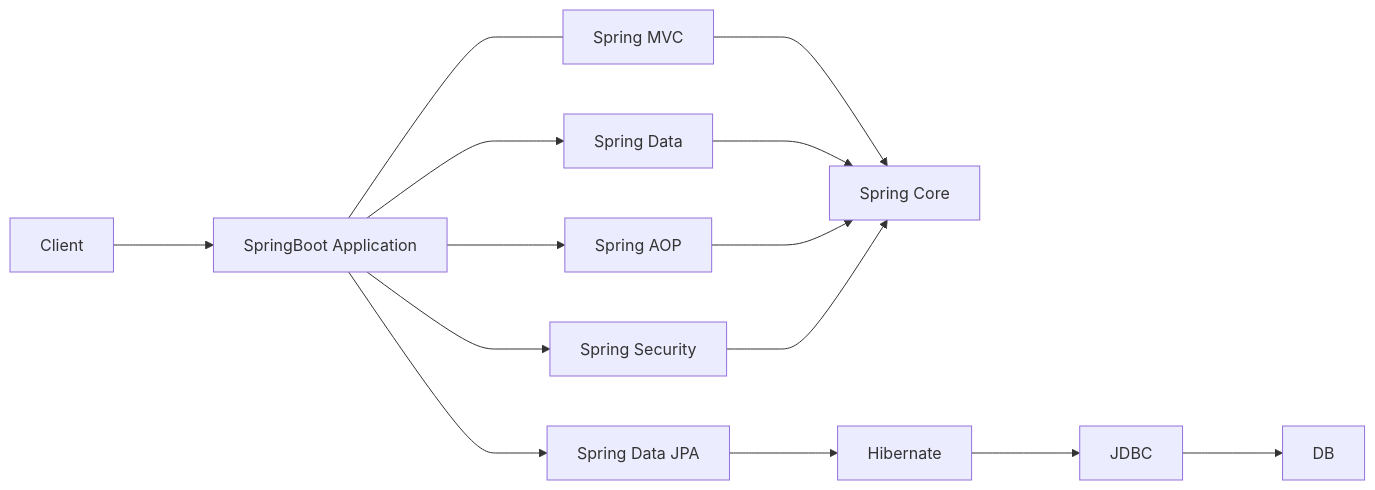
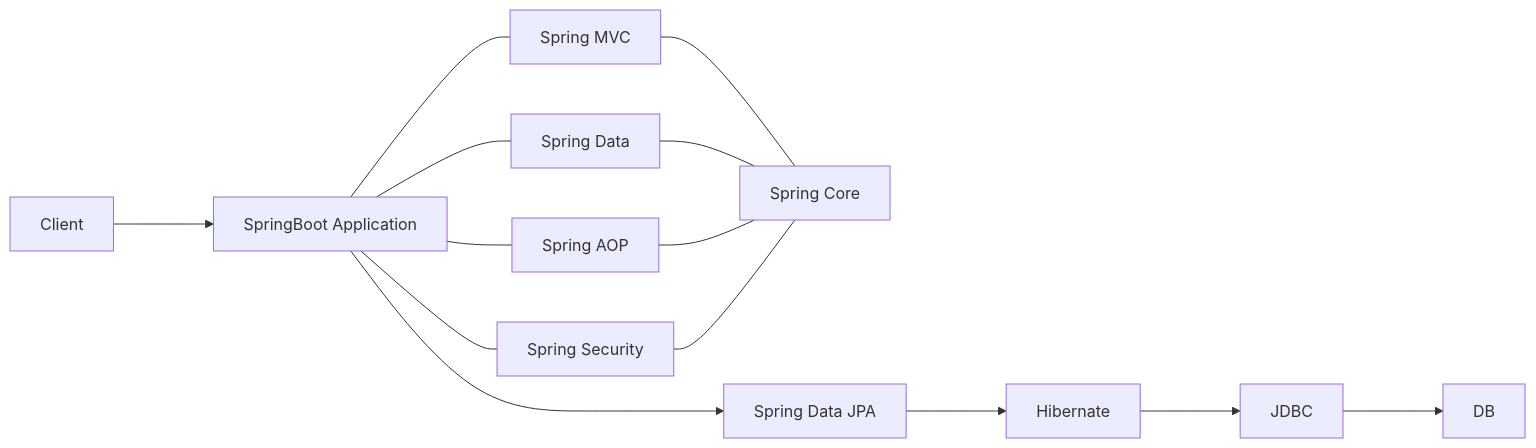
Before and after one commit to suvendumondal4125/Java-Journey: the seventh of 7 diagrams in notes/spring.md, drawn with Mermaid.

Commit message:
Day 3 Notes

````diff
--- a/notes/spring.md
+++ b/notes/spring.md
@@ -130,16 +130,16 @@
 ```mermaid
 flowchart LR
     A[Client] ---> B[SpringBoot Application]
     B --- C[Spring MVC]
-    B ---> D[Spring Data]
-    B ---> E[Spring AOP]
-    B ---> F[Spring Security]
-    C ---> G[Spring Core]
-    D ---> G[Spring Core]
-    E ---> G[Spring Core]
-    F ---> G[Spring Core]
+    B --- D[Spring Data]
+    B --- E[Spring AOP]
+    B --- F[Spring Security]
+    C --- G[Spring Core]
+    D --- G[Spring Core]
+    E --- G[Spring Core]
+    F --- G[Spring Core]
     B ---> H[Spring Data JPA]
     H ---> I[Hibernate]
     I ---> J[JDBC]
     J ---> K[DB]
 ```
````
